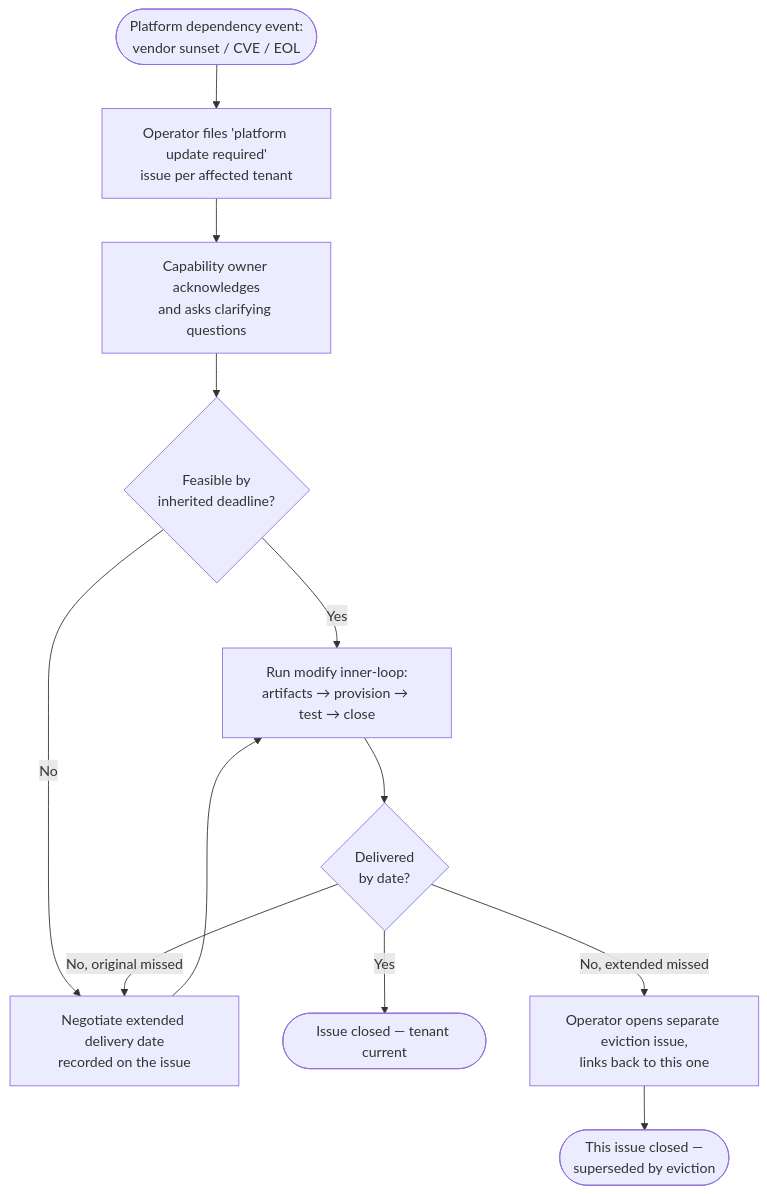
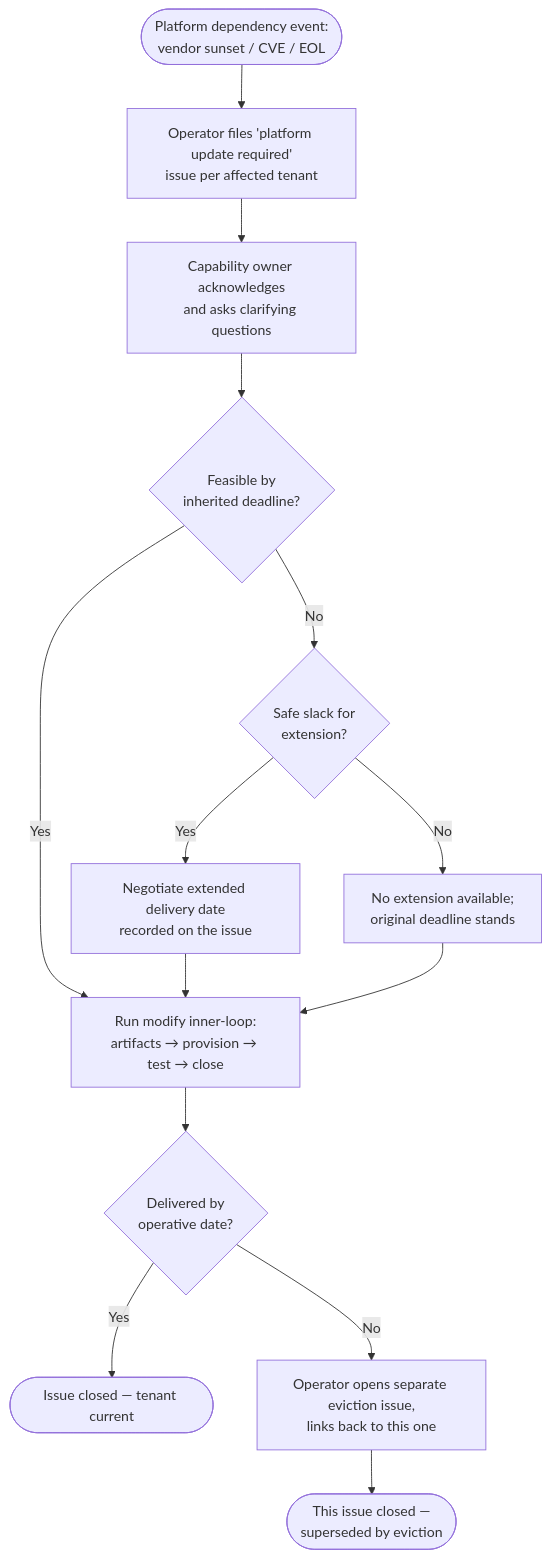
Before and after one commit to Zaba505/infra: the diagram in docs/content/capabilities/self-hosted-application-platform/user-experiences/operator-initiated-tenant-update.md, drawn with Mermaid. The commit also changed other lines of this file, not shown here.

Commit message:
story(issue-708): resolve open questions in operator initiated tenant update experience (#716)

````diff
--- a/docs/content/capabilities/self-hosted-application-platform/user-experiences/operator-initiated-tenant-update.md
+++ b/docs/content/capabilities/self-hosted-application-platform/user-experiences/operator-initiated-tenant-update.md
@@ -87,14 +91,16 @@
 ```mermaid
 flowchart TD
     Start([Platform dependency event:<br/>vendor sunset / CVE / EOL]) --> File[Operator files 'platform update required'<br/>issue per affected tenant]
     File --> Ack[Capability owner acknowledges<br/>and asks clarifying questions]
     Ack --> Feasible{Feasible by<br/>inherited deadline?}
     Feasible -->|Yes| Modify[Run modify inner-loop:<br/>artifacts → provision → test → close]
-    Feasible -->|No| Extend[Negotiate extended delivery date<br/>recorded on the issue]
+    Feasible -->|No| Slack{Safe slack for<br/>extension?}
+    Slack -->|Yes| Extend[Negotiate extended delivery date<br/>recorded on the issue]
+    Slack -->|No| NoExtend[No extension available;<br/>original deadline stands]
     Extend --> Modify
-    Modify --> MetDeadline{Delivered<br/>by date?}
+    NoExtend --> Modify
+    Modify --> MetDeadline{Delivered by<br/>operative date?}
     MetDeadline -->|Yes| Done([Issue closed — tenant current])
-    MetDeadline -->|No, original missed| Extend
-    MetDeadline -->|No, extended missed| Evict[Operator opens separate eviction issue,<br/>links back to this one]
+    MetDeadline -->|No| Evict[Operator opens separate eviction issue,<br/>links back to this one]
     Evict --> Closed([This issue closed —<br/>superseded by eviction])
 ```
````
